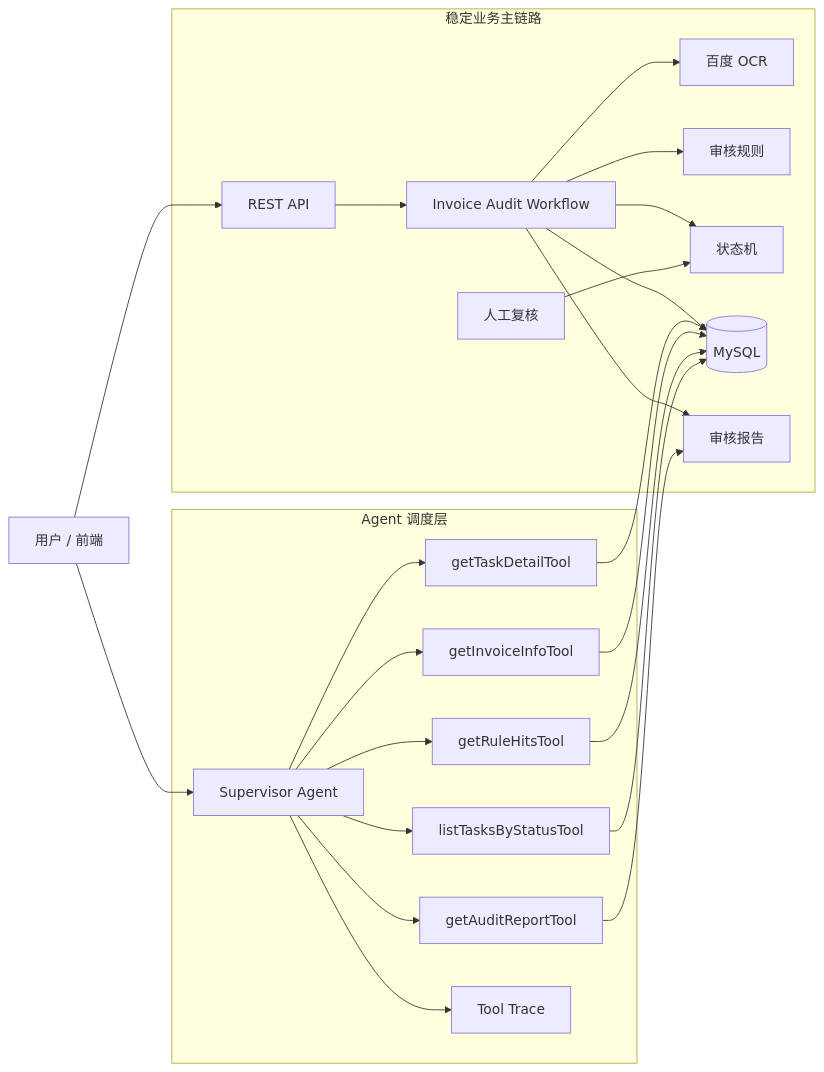
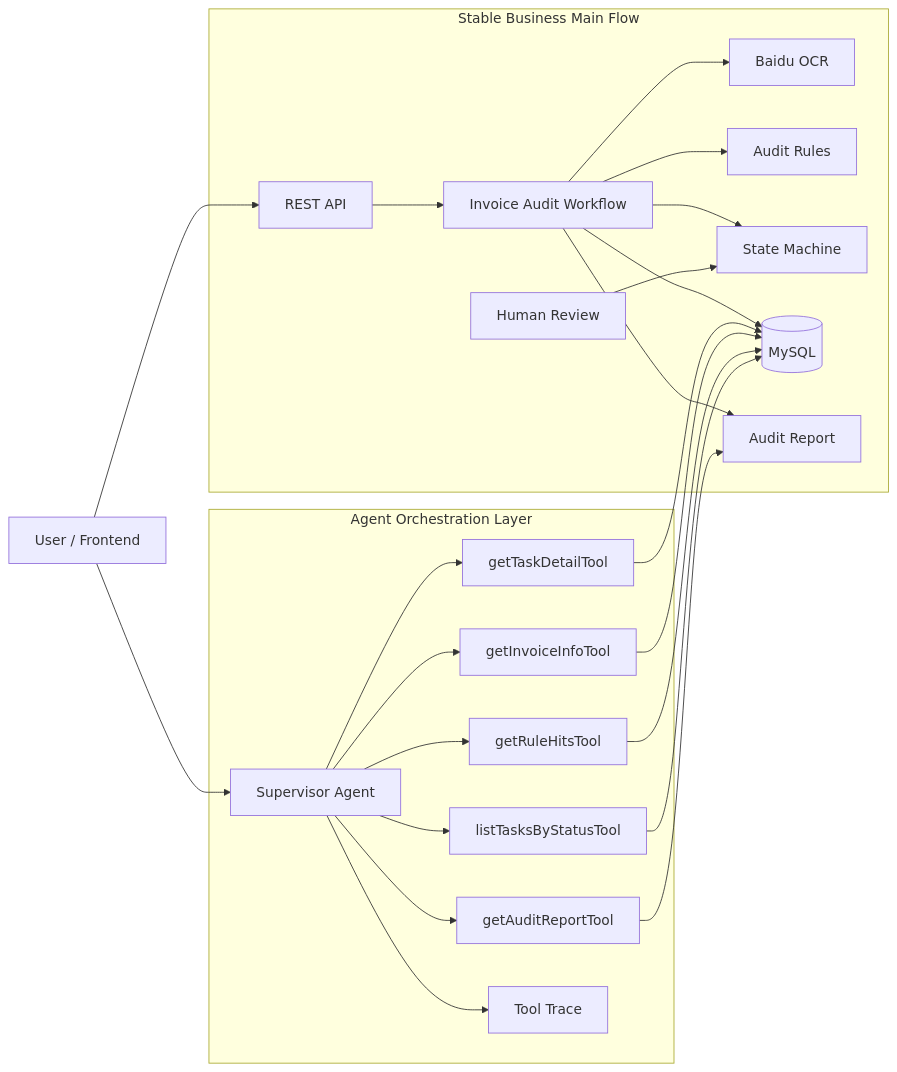
Before and after one commit to Chuan1130/invoice-agent-system: the first of 5 diagrams in README.md, drawn with Mermaid. The commit also changed other lines of this file, not shown here.

````diff
--- a/README.md
+++ b/README.md
@@ -42,47 +42,47 @@
 ```mermaid
 flowchart LR
-    U[用户 / 前端]
+    U[User / Frontend]
 
-    subgraph Stable[稳定业务主链路]
+    subgraph Stable[Stable Business Main Flow]
         API[REST API]
         WF[Invoice Audit Workflow]
-        OCR[百度 OCR]
-        RULE[审核规则]
-        SM[状态机]
+        OCR[Baidu OCR]
+        RULE[Audit Rules]
+        SM[State Machine]
         DB[(MySQL)]
-        REPORT[审核报告]
-        HUMAN[人工复核]
+        REPORT[Audit Report]
+        HUMAN[Human Review]
     end
 
-    subgraph Agent[Agent 调度层]
+    subgraph Agent[Agent Orchestration Layer]
         S[Supervisor Agent]
         T1[getTaskDetailTool]
         T2[getInvoiceInfoTool]
         T3[getRuleHitsTool]
         T4[getAuditReportTool]
         T5[listTasksByStatusTool]
         TRACE[Tool Trace]
     end
 
     U --> API
     API --> WF
     WF --> OCR
     WF --> RULE
     WF --> SM
     WF --> DB
     WF --> REPORT
     HUMAN --> SM
 
     U --> S
     S --> T1
     S --> T2
     S --> T3
     S --> T4
     S --> T5
     T1 --> DB
     T2 --> DB
     T3 --> DB
     T4 --> REPORT
     T5 --> DB
     S --> TRACE
 ```
````
